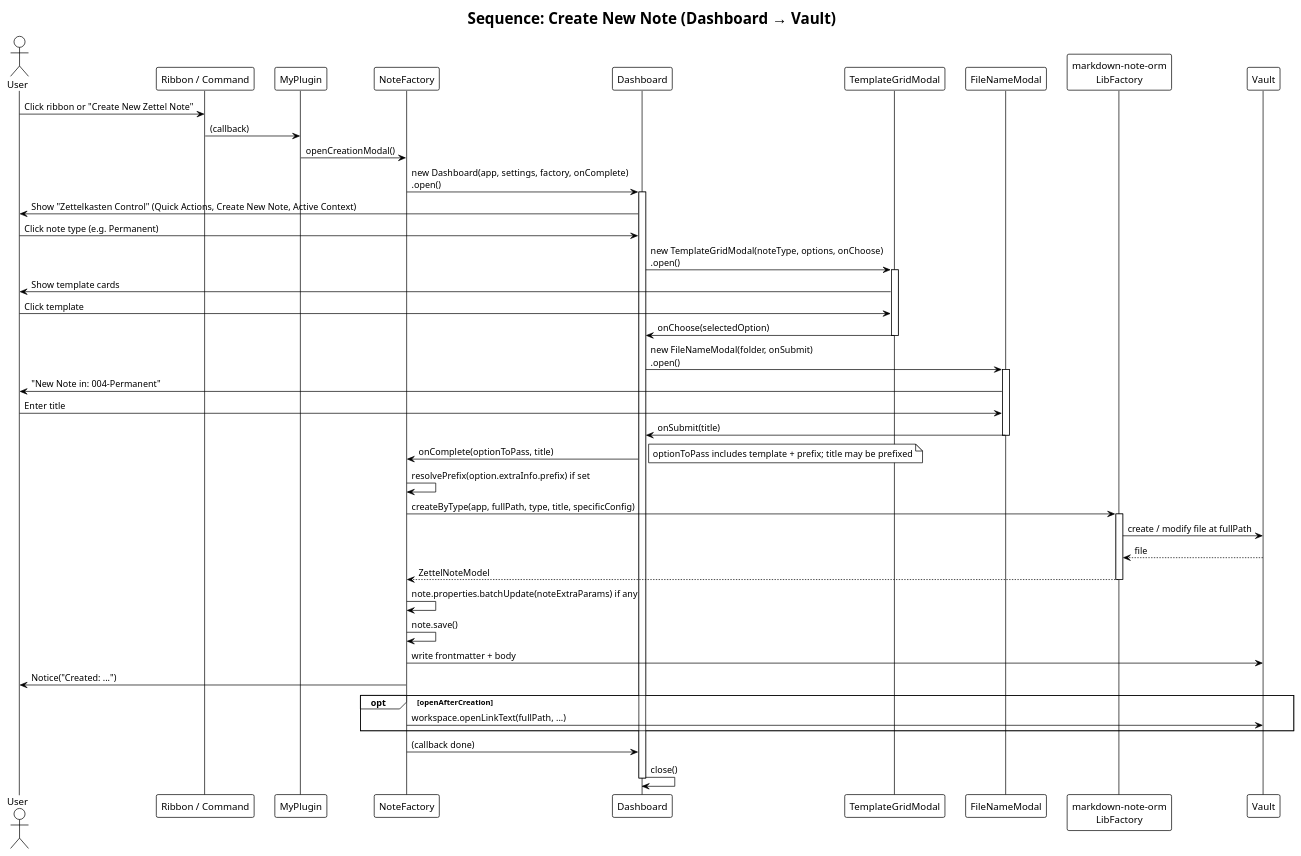
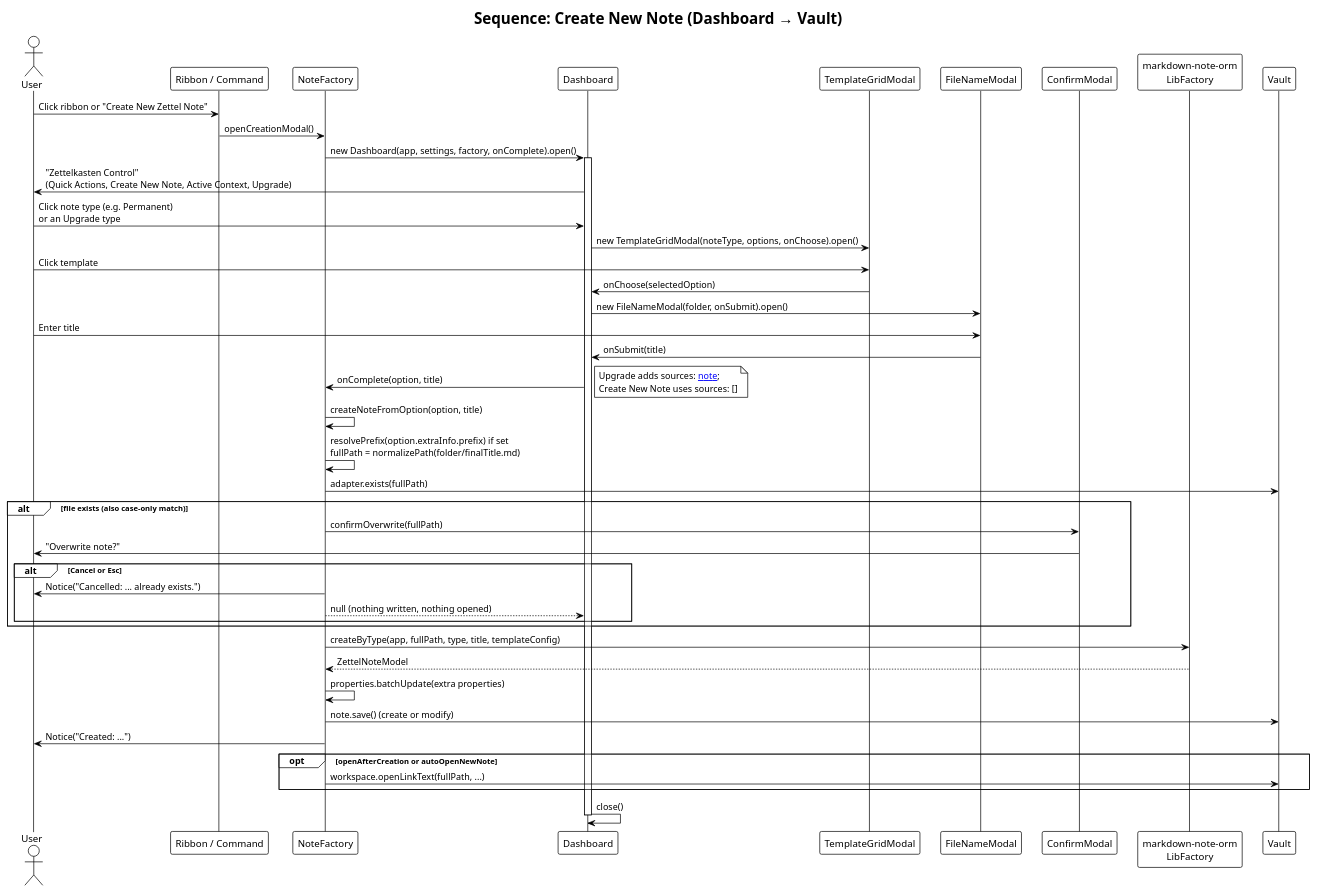
The diagram in docs/diagrams/sequence-create-note.puml (stone-home/Obsidian-Plugin-Zettelkasten-Note-Operator), drawn with PlantUML before and after one commit. The commit also changed 74 other files, not shown here.

```diff
--- a/docs/diagrams/sequence-create-note.puml
+++ b/docs/diagrams/sequence-create-note.puml
@@ -1,60 +1,56 @@
 @startuml sequence-create-note
 !theme plain
 title Sequence: Create New Note (Dashboard → Vault)
 
 actor User
 participant "Ribbon / Command" as Cmd
-participant "MyPlugin" as Plugin
 participant "NoteFactory" as Factory
 participant "Dashboard" as Dashboard
 participant "TemplateGridModal" as Template
 participant "FileNameModal" as Filename
+participant "ConfirmModal" as Confirm
 participant "markdown-note-orm\nLibFactory" as Lib
 participant "Vault" as Vault
 
 User -> Cmd : Click ribbon or "Create New Zettel Note"
-Cmd -> Plugin : (callback)
-Plugin -> Factory : openCreationModal()
+Cmd -> Factory : openCreationModal()
 
-Factory -> Dashboard : new Dashboard(app, settings, factory, onComplete)\n.open()
+Factory -> Dashboard : new Dashboard(app, settings, factory, onComplete).open()
 activate Dashboard
-Dashboard -> User : Show "Zettelkasten Control" (Quick Actions, Create New Note, Active Context)
+Dashboard -> User : "Zettelkasten Control"\n(Quick Actions, Create New Note, Active Context, Upgrade)
 
-User -> Dashboard : Click note type (e.g. Permanent)
-Dashboard -> Template : new TemplateGridModal(noteType, options, onChoose)\n.open()
-activate Template
-Template -> User : Show template cards
+User -> Dashboard : Click note type (e.g. Permanent)\nor an Upgrade type
+Dashboard -> Template : new TemplateGridModal(noteType, options, onChoose).open()
 User -> Template : Click template
 Template -> Dashboard : onChoose(selectedOption)
-deactivate Template
 
-Dashboard -> Filename : new FileNameModal(folder, onSubmit)\n.open()
-activate Filename
-Filename -> User : "New Note in: 004-Permanent"
+Dashboard -> Filename : new FileNameModal(folder, onSubmit).open()
 User -> Filename : Enter title
 Filename -> Dashboard : onSubmit(title)
-deactivate Filename
 
-Dashboard -> Factory : onComplete(optionToPass, title)
-note right: optionToPass includes template + prefix; title may be prefixed
+Dashboard -> Factory : onComplete(option, title)
+note right: Upgrade adds sources: [[current note]];\nCreate New Note uses sources: []
+Factory -> Factory : createNoteFromOption(option, title)
+Factory -> Factory : resolvePrefix(option.extraInfo.prefix) if set\nfullPath = normalizePath(folder/finalTitle.md)
+Factory -> Vault : adapter.exists(fullPath)
+alt file exists (also case-only match)
+  Factory -> Confirm : confirmOverwrite(fullPath)
+  Confirm -> User : "Overwrite note?"
+  alt Cancel or Esc
+    Factory -> User : Notice("Cancelled: ... already exists.")
+    Factory --> Dashboard : null (nothing written, nothing opened)
+  end
+end
 
-Factory -> Factory : resolvePrefix(option.extraInfo.prefix) if set
-Factory -> Lib : createByType(app, fullPath, type, title, specificConfig)
-activate Lib
-Lib -> Vault : create / modify file at fullPath
-Vault --> Lib : file
+Factory -> Lib : createByType(app, fullPath, type, title, templateConfig)
 Lib --> Factory : ZettelNoteModel
-deactivate Lib
-
-Factory -> Factory : note.properties.batchUpdate(noteExtraParams) if any
-Factory -> Factory : note.save()
-Factory -> Vault : write frontmatter + body
+Factory -> Factory : properties.batchUpdate(extra properties)
+Factory -> Vault : note.save() (create or modify)
 Factory -> User : Notice("Created: ...")
-opt openAfterCreation
+opt openAfterCreation or autoOpenNewNote
   Factory -> Vault : workspace.openLinkText(fullPath, ...)
 end
-Factory -> Dashboard : (callback done)
 Dashboard -> Dashboard : close()
 deactivate Dashboard
 
 @enduml
```
